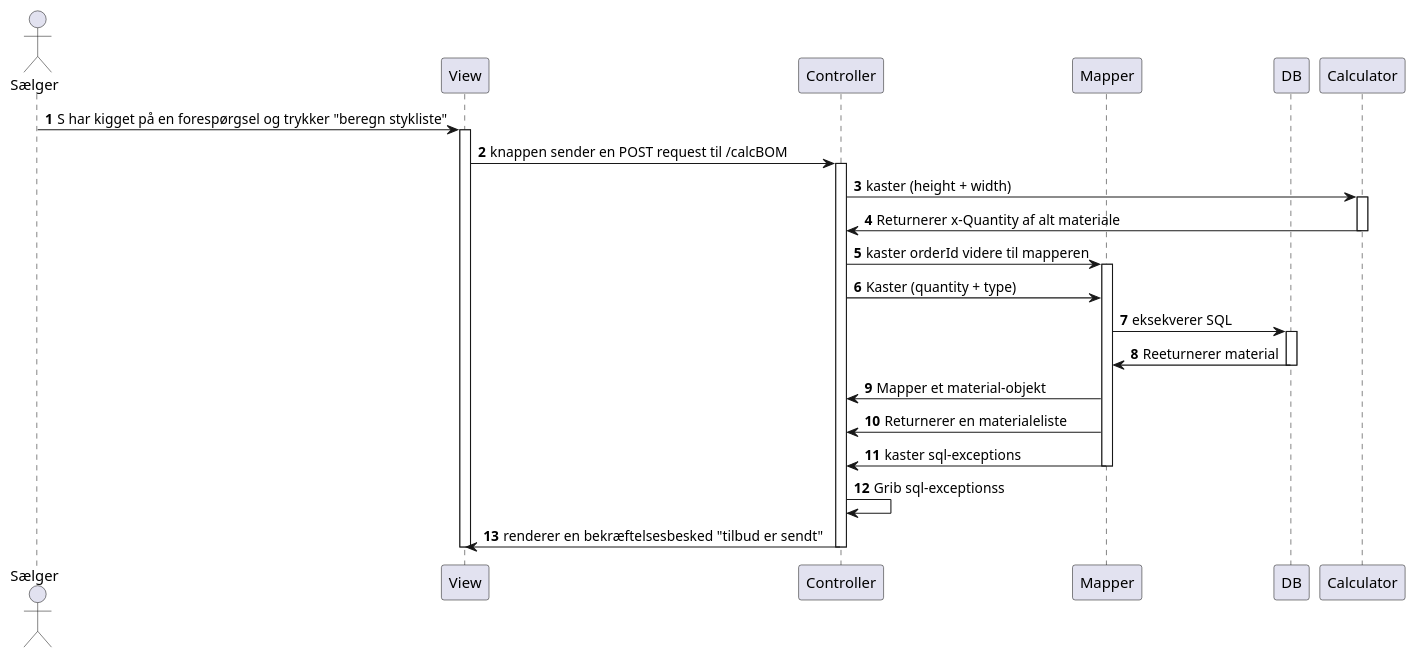
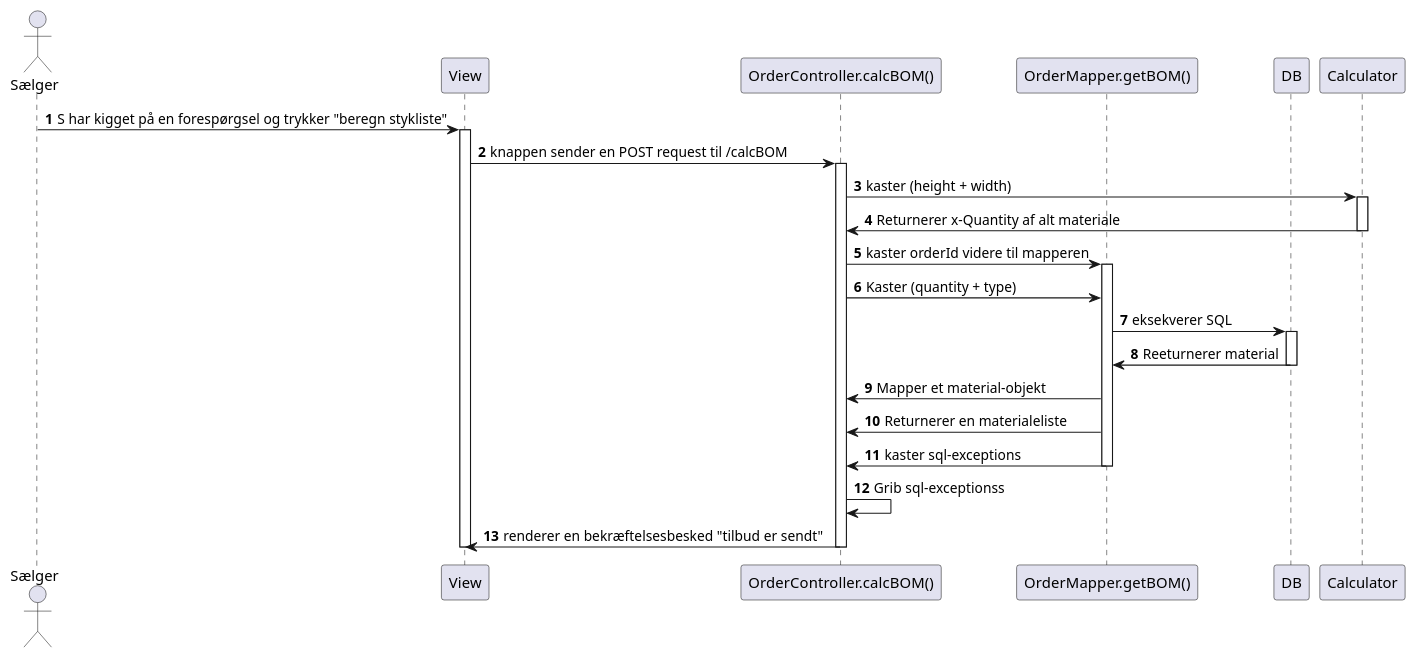
The diagram in docs/Sequence diagrams/us3-beregn-stykliste-v2.puml (mridrisisci/fog-projekt), drawn with PlantUML before and after one commit. The commit also changed 2 other files, not shown here.

Commit message:
opdateret metodenavne + klassenavne for diagrammerne v1-2 sekv. us-3

```diff
--- a/docs/Sequence diagrams/us3-beregn-stykliste-v2.puml
+++ b/docs/Sequence diagrams/us3-beregn-stykliste-v2.puml
@@ -1,38 +1,38 @@
 @startuml
 'https://plantuml.com/sequence-diagram
 
 autonumber
 
 Actor Sælger
 participant View as V
-participant Controller as C
-participant Mapper as M
+participant "OrderController.calcBOM()" as C
+participant "OrderMapper.getBOM()" as M
 participant DB
 participant Calculator
 
 Sælger -> V: S har kigget på en forespørgsel og trykker "beregn stykliste"
 activate V
 V -> C: knappen sender en POST request til /calcBOM
 activate C
 C -> Calculator: kaster (height + width)
 activate Calculator
 Calculator -> C: Returnerer x-Quantity af alt materiale
 deactivate Calculator
 C -> M: kaster orderId videre til mapperen
 activate M
 C -> M: Kaster (quantity + type)
 M -> DB: eksekverer SQL
 activate DB
 DB -> M: Reeturnerer material
 deactivate DB
 M -> C: Mapper et material-objekt
 M -> C: Returnerer en materialeliste
 M -> C : kaster sql-exceptions
 deactivate M
 C -> C: Grib sql-exceptionss
 C -> V: renderer en bekræftelsesbesked "tilbud er sendt"
 deactivate C
 
 
 deactivate V
 @enduml
```
